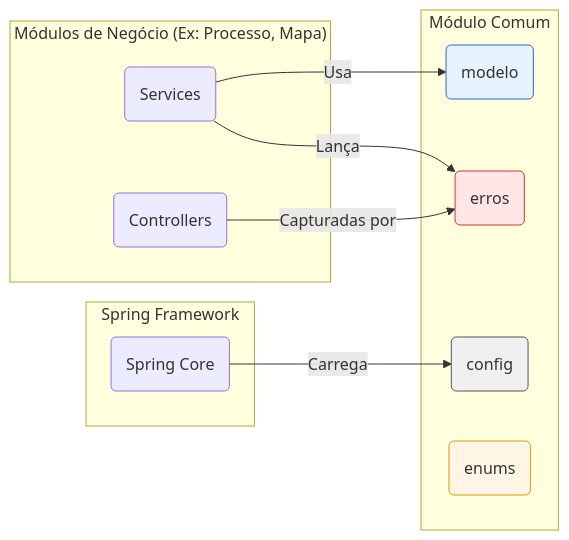
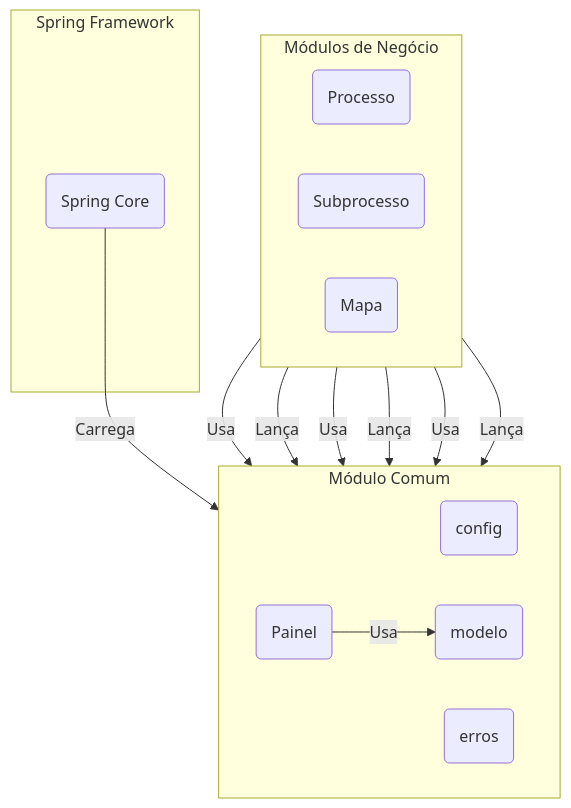
One commit to lgalvao/sgc changed the diagram in backend/src/main/java/sgc/comum/README.md. Above: the diagram before and after it, drawn with Mermaid. The commit also changed other lines of this file and 23 other files, not shown here.

First line of the commit message:
docs: Update all backend READMEs and add Mermaid diagrams

````diff
--- a/backend/src/main/java/sgc/comum/README.md
+++ b/backend/src/main/java/sgc/comum/README.md
@@ -16,29 +21,32 @@
 ```mermaid
-graph LR
-    subgraph "Módulos de Negócio (Ex: Processo, Mapa)"
-        A(Services)
-        B(Controllers)
+graph TD
+    subgraph "Módulos de Negócio"
+        direction LR
+        Processo(Processo)
+        Subprocesso(Subprocesso)
+        Mapa(Mapa)
     end
 
     subgraph "Módulo Comum"
-        C(modelo)
-        D(erros)
-        E(config)
-        F(enums)
+        direction LR
+        Config(config)
+        Erros(erros)
+        Modelo(modelo)
+        Painel(Painel)
     end
 
-    A -- Usa --> C
-    A -- Lança --> D
-    B -- Capturadas por --> D
-
     subgraph "Spring Framework"
-        G(Spring Core)
+        Spring(Spring Core)
     end
 
-    G -- Carrega --> E
+    Processo -- Usa --> Modelo
+    Processo -- Lança --> Erros
+    Subprocesso -- Usa --> Modelo
+    Subprocesso -- Lança --> Erros
+    Mapa -- Usa --> Modelo
+    Mapa -- Lança --> Erros
 
-    style C fill:#e6f3ff,stroke:#36c
-    style D fill:#ffe6e6,stroke:#c33
-    style E fill:#f0f0f0,stroke:#555
-    style F fill:#fff5e6,stroke:#d90
+    Painel -- Usa --> Modelo
+
+    Spring -- Carrega --> Config
 ```
````
